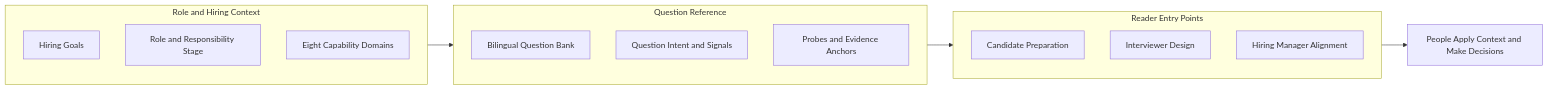
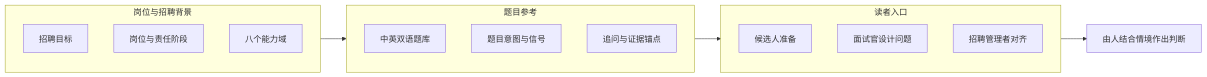
One commit to Liyuk/liyuk.github.io changed the second of 2 diagrams in src/content/projects/2026/10/interview-compass/zh.md. Above: the diagram before and after it, drawn with Mermaid. The commit also changed other lines of this file and 1 other file, not shown here.

````diff
--- a/src/content/projects/2026/10/interview-compass/zh.md
+++ b/src/content/projects/2026/10/interview-compass/zh.md
@@ -89,24 +131,24 @@
 ```mermaid
 flowchart LR
-    subgraph Inputs[Role and Hiring Context]
+    subgraph Inputs[岗位与招聘背景]
         direction TB
-        I1[Hiring Goals]
-        I2[Role and Responsibility Stage]
-        I3[Eight Capability Domains]
+        I1[招聘目标]
+        I2[岗位与责任阶段]
+        I3[八个能力域]
     end
-    subgraph Library[Question Reference]
+    subgraph Library[题目参考]
         direction TB
-        Q1[Bilingual Question Bank]
-        Q2[Question Intent and Signals]
-        Q3[Probes and Evidence Anchors]
+        Q1[中英双语题库]
+        Q2[题目意图与信号]
+        Q3[追问与证据锚点]
     end
-    subgraph Entry[Reader Entry Points]
+    subgraph Entry[读者入口]
         direction TB
-        E1[Candidate Preparation]
-        E2[Interviewer Design]
-        E3[Hiring Manager Alignment]
+        E1[候选人准备]
+        E2[面试官设计问题]
+        E3[招聘管理者对齐]
     end
     Inputs --> Library
     Library --> Entry
-    Entry --> O[People Apply Context and Make Decisions]
+    Entry --> O[由人结合情境作出判断]
 ```
````
